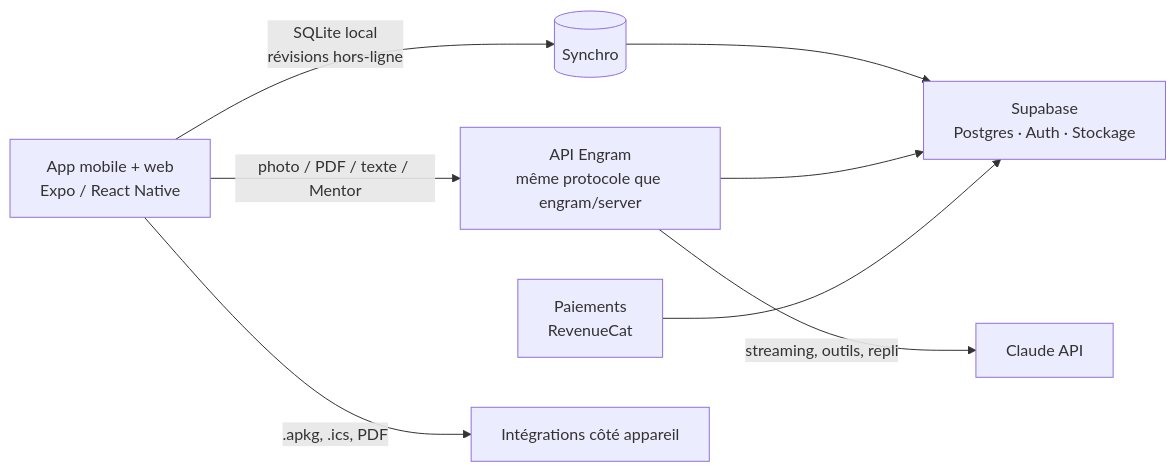
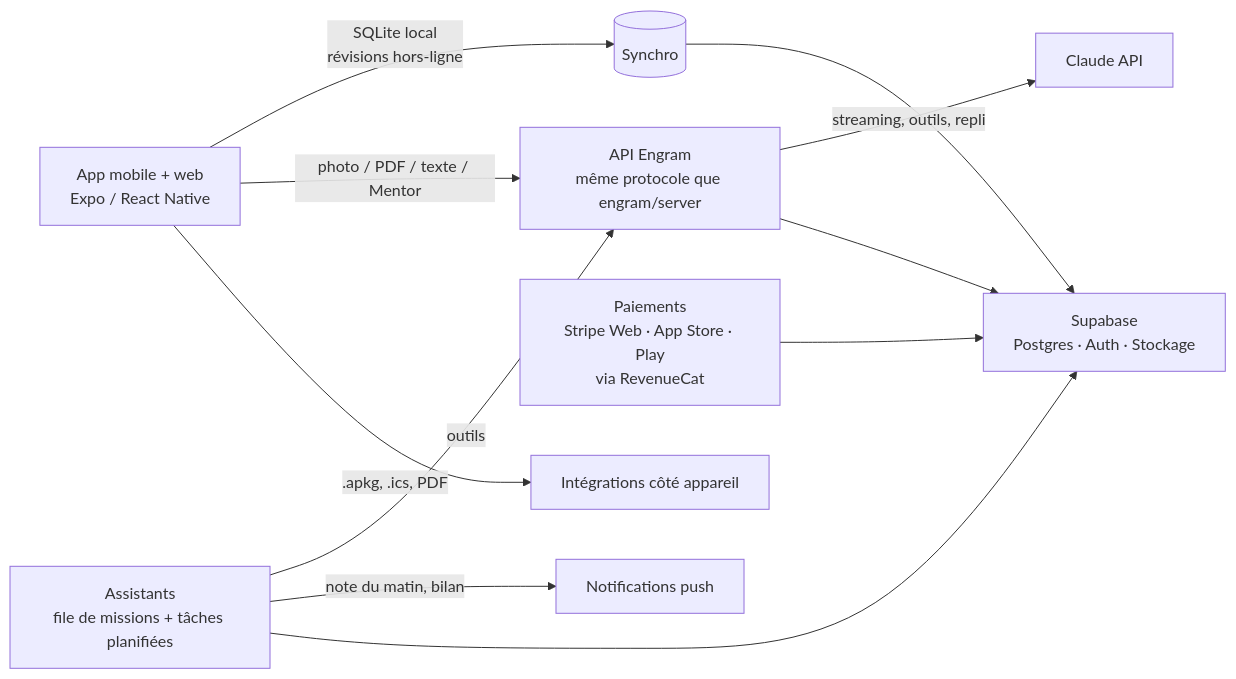
Before and after one commit to mrcisse12/STOCKR: the diagram in engram/FICHE_TECHNIQUE.md, drawn with Mermaid. The commit also changed other lines of this file and 2 other files, not shown here.

First line of the commit message:
feat(engram): Engram Pro et six assistants IA

````diff
--- a/engram/FICHE_TECHNIQUE.md
+++ b/engram/FICHE_TECHNIQUE.md
@@ -256,10 +304,13 @@
 ```mermaid
 flowchart LR
   A[App mobile + web<br/>Expo / React Native] -- SQLite local<br/>révisions hors-ligne --> B[(Synchro)]
   B --> C[Supabase<br/>Postgres · Auth · Stockage]
   A -- photo / PDF / texte / Mentor --> D[API Engram<br/>même protocole que engram/server]
   D -- streaming, outils, repli --> E[Claude API]
   D --> C
-  F[Paiements<br/>RevenueCat] --> C
+  F[Paiements<br/>Stripe Web · App Store · Play<br/>via RevenueCat] --> C
+  H[Assistants<br/>file de missions + tâches planifiées] -- outils --> D
+  H -- note du matin, bilan --> I[Notifications push]
+  H --> C
   A -- .apkg, .ics, PDF --> G[Intégrations côté appareil]
 ```
````
